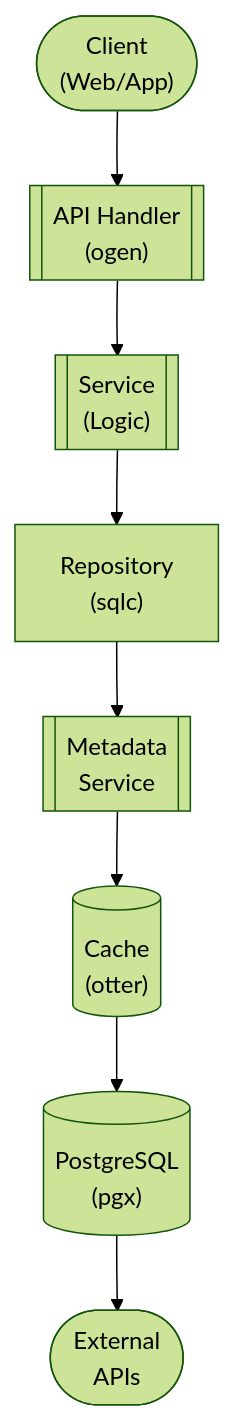
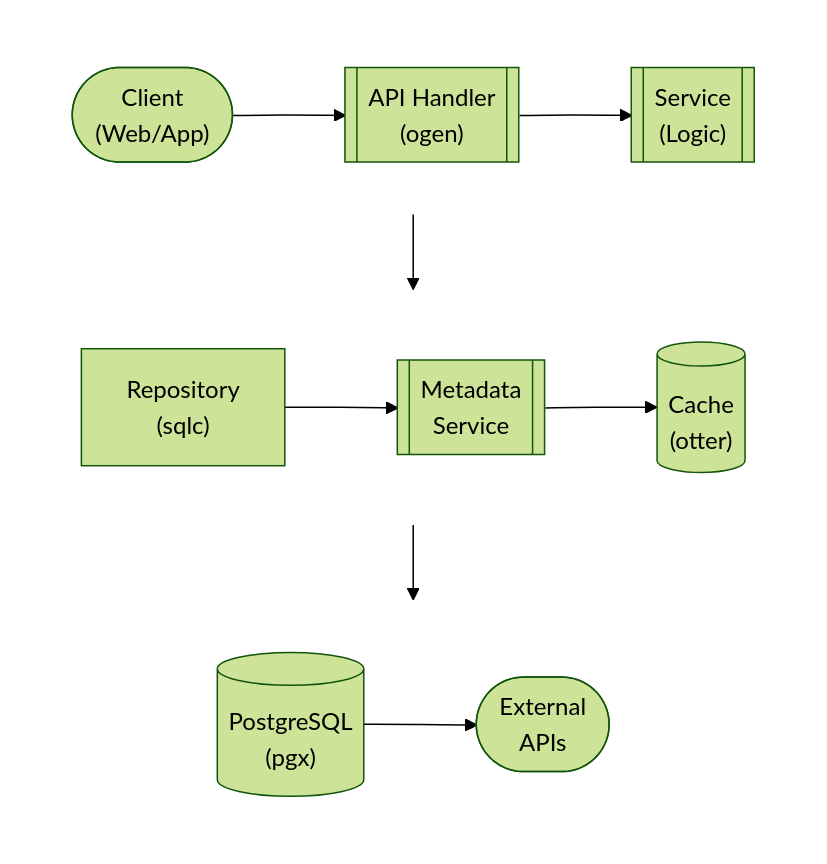
The diagram in docs/dev/design/features/adult/ADULT_CONTENT_SYSTEM.md (lusoris/revenge), drawn with Mermaid (forest theme) before and after one commit. The commit also changed 210 other files, not shown here.

First line of the commit message:
feat(docs): Add horizontal layout support for Mermaid diagrams

````diff
--- a/docs/dev/design/features/adult/ADULT_CONTENT_SYSTEM.md
+++ b/docs/dev/design/features/adult/ADULT_CONTENT_SYSTEM.md
@@ -58,18 +58,32 @@
 ```mermaid
 flowchart TD
-    node1(["Client<br/>(Web/App)"])
-    node2[["API Handler<br/>(ogen)"]]
-    node3[["Service<br/>(Logic)"]]
-    node4["Repository<br/>(sqlc)"]
-    node5[["Metadata<br/>Service"]]
-    node6[("Cache<br/>(otter)")]
-    node7[("PostgreSQL<br/>(pgx)")]
-    node8(["External<br/>APIs"])
+    subgraph row1[ ]
+        direction LR
+        node1(["Client<br/>(Web/App)"])
+        node2[["API Handler<br/>(ogen)"]]
+        node3[["Service<br/>(Logic)"]]
+    end
+    subgraph row2[ ]
+        direction LR
+        node4["Repository<br/>(sqlc)"]
+        node5[["Metadata<br/>Service"]]
+        node6[("Cache<br/>(otter)")]
+    end
+    subgraph row3[ ]
+        direction LR
+        node7[("PostgreSQL<br/>(pgx)")]
+        node8(["External<br/>APIs"])
+    end
     node1 --> node2
     node2 --> node3
     node4 --> node5
     node5 --> node6
     node7 --> node8
     node3 --> node4
     node6 --> node7
+
+    %% Hide row subgraph borders
+    style row1 fill:transparent,stroke:transparent
+    style row2 fill:transparent,stroke:transparent
+    style row3 fill:transparent,stroke:transparent
 ```
````
